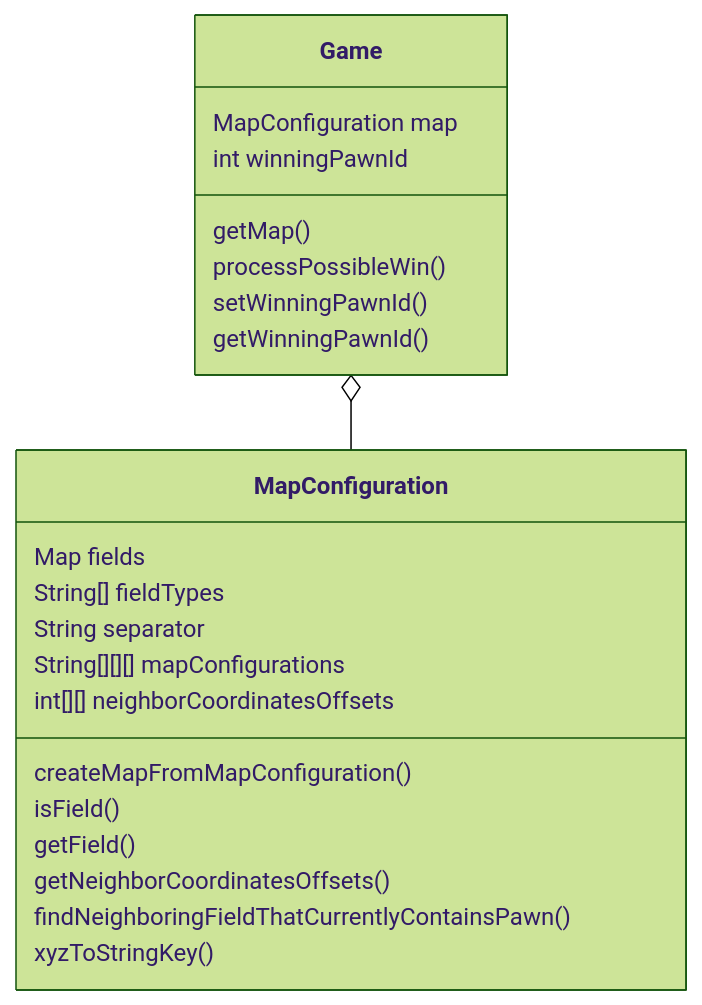
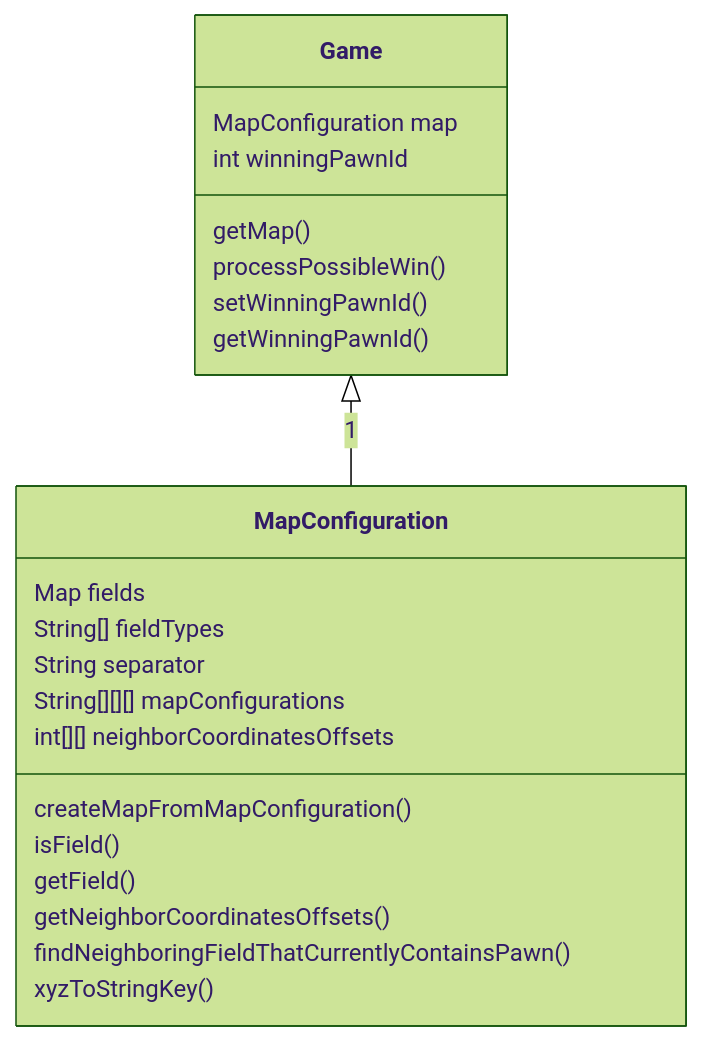
Before and after one commit to stijnlinderman/eldorado: the second of 2 diagrams in ARCHITECTURE.md, drawn with Mermaid (forest theme).

````diff
--- a/ARCHITECTURE.md
+++ b/ARCHITECTURE.md
@@ -13,21 +13,21 @@
 ```mermaid
 classDiagram
-	Game o-- MapConfiguration
+	Game <|-- MapConfiguration : 1
 	Game : MapConfiguration map
 	Game : int winningPawnId
 	Game : getMap()
 	Game : processPossibleWin()
 	Game : setWinningPawnId()
 	Game : getWinningPawnId()
 	MapConfiguration : Map<String,Field> fields
 	MapConfiguration : String[] fieldTypes
 	MapConfiguration : String separator
 	MapConfiguration : String[][][] mapConfigurations
 	MapConfiguration : int[][] neighborCoordinatesOffsets
 	MapConfiguration : createMapFromMapConfiguration()
 	MapConfiguration : isField()
 	MapConfiguration : getField()
 	MapConfiguration : getNeighborCoordinatesOffsets()
 	MapConfiguration : findNeighboringFieldThatCurrentlyContainsPawn()
 	MapConfiguration : xyzToStringKey()
 ```
````
